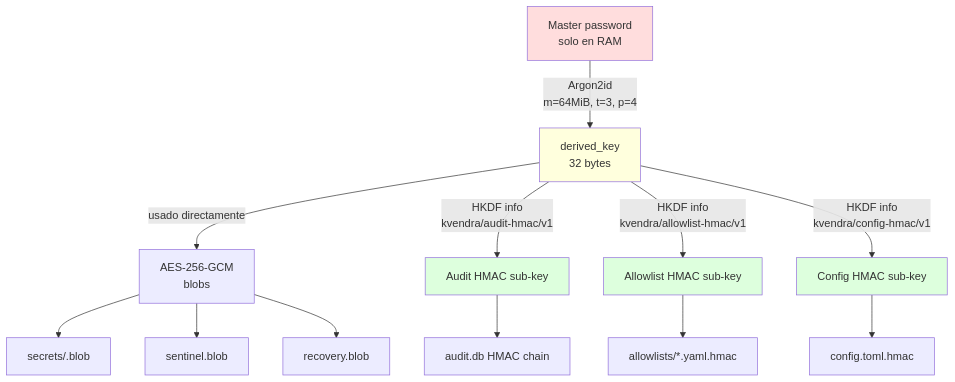
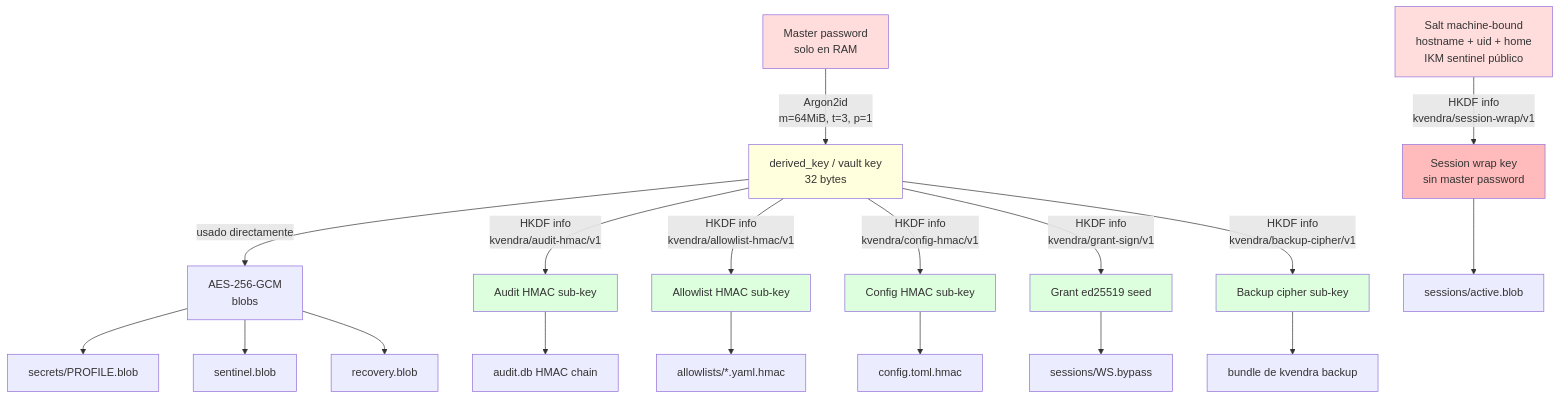
Before and after one commit to KvendraAI/kvendra-cli: the diagram in docs/manual-kvendra-cli/12-vault-criptografia.md, drawn with Mermaid. The commit also changed other lines of this file and 27 other files, not shown here.

````diff
--- a/docs/manual-kvendra-cli/12-vault-criptografia.md
+++ b/docs/manual-kvendra-cli/12-vault-criptografia.md
@@ -58,21 +69,32 @@
 ```mermaid
 graph TD
-    Pwd[Master password<br/>solo en RAM] -->|Argon2id<br/>m=64MiB, t=3, p=4| Derived[derived_key<br/>32 bytes]
+    Pwd[Master password<br/>solo en RAM] -->|Argon2id<br/>m=64MiB, t=3, p=1| Derived[derived_key / vault key<br/>32 bytes]
     Derived -->|usado directamente| AES[AES-256-GCM<br/>blobs]
     Derived -->|HKDF info<br/>kvendra/audit-hmac/v1| AuditKey[Audit HMAC sub-key]
     Derived -->|HKDF info<br/>kvendra/allowlist-hmac/v1| AllowKey[Allowlist HMAC sub-key]
     Derived -->|HKDF info<br/>kvendra/config-hmac/v1| ConfigKey[Config HMAC sub-key]
+    Derived -->|HKDF info<br/>kvendra/grant-sign/v1| GrantKey[Grant ed25519 seed]
+    Derived -->|HKDF info<br/>kvendra/backup-cipher/v1| BackupKey[Backup cipher sub-key]
 
-    AES --> Blob1[secrets/<profile>.blob]
+    Machine[Salt machine-bound<br/>hostname + uid + home<br/>IKM sentinel público] -->|HKDF info<br/>kvendra/session-wrap/v1| WrapKey[Session wrap key<br/>sin master password]
+
+    AES --> Blob1[secrets/PROFILE.blob]
     AES --> Blob2[sentinel.blob]
     AES --> Blob3[recovery.blob]
     AuditKey --> Audit[audit.db HMAC chain]
     AllowKey --> Allow[allowlists/*.yaml.hmac]
     ConfigKey --> Config[config.toml.hmac]
+    GrantKey --> Grant[sessions/WS.bypass]
+    BackupKey --> Backup[bundle de kvendra backup]
+    WrapKey --> Session[sessions/active.blob]
 
     style Pwd fill:#fdd
     style Derived fill:#ffd
+    style Machine fill:#fdd
+    style WrapKey fill:#fbb
     style AuditKey fill:#dfd
     style AllowKey fill:#dfd
     style ConfigKey fill:#dfd
+    style GrantKey fill:#dfd
+    style BackupKey fill:#dfd
 ```
````
